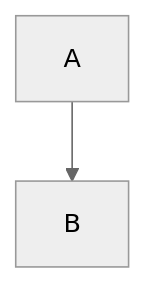
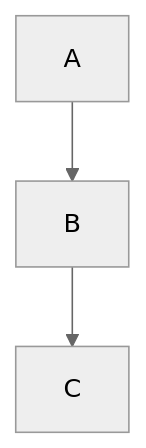
One commit to m2kar/3DScanRobot-Team-report changed the diagram in Meeting-report/Meeting-20180922-Yang_Shuang.md. Above: the diagram before and after it, drawn with Mermaid (neutral theme).

Commit message:
修改

````diff
--- a/Meeting-report/Meeting-20180922-Yang_Shuang.md
+++ b/Meeting-report/Meeting-20180922-Yang_Shuang.md
@@ -16,5 +16,5 @@
 ```mermaid
 graph TD;
 A-->B;
-
+B-->C;
 ```
````
